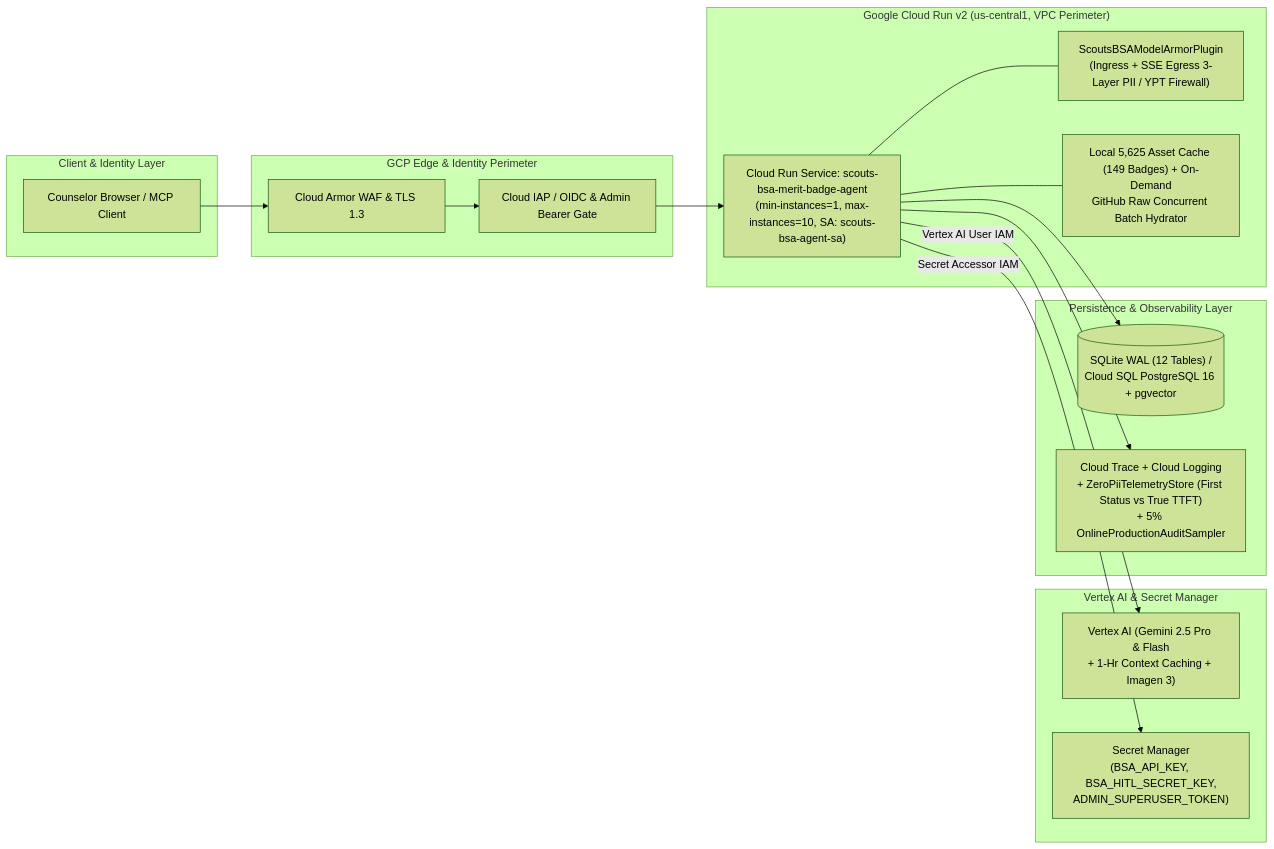
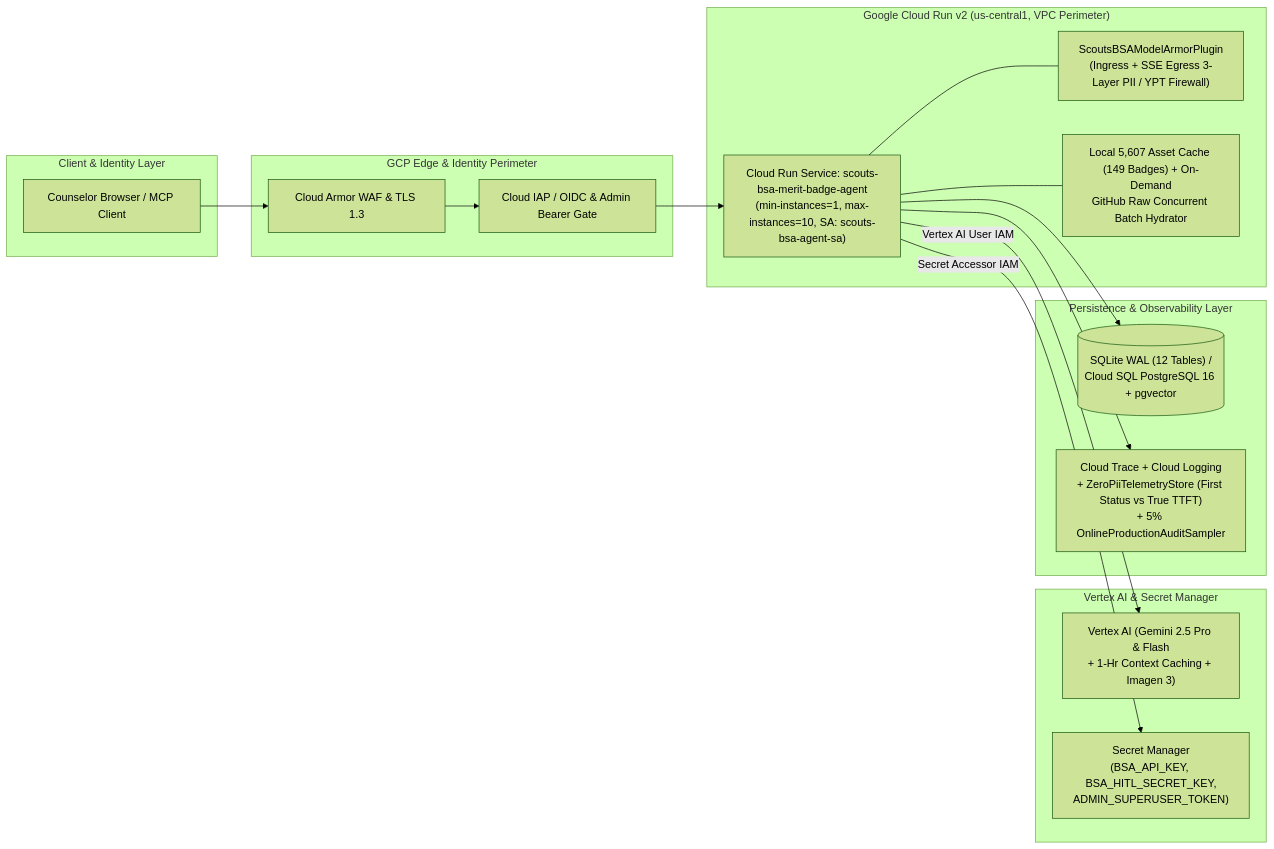
The second of 2 diagrams in docs/ARCHITECTURE.md (clayberg/scouts-bsa-merit-badge-agent), drawn with Mermaid (forest theme) before and after one commit. The commit also changed other lines of this file and 481 other files, not shown here.

````diff
--- a/docs/ARCHITECTURE.md
+++ b/docs/ARCHITECTURE.md
@@ -45,35 +45,35 @@
 ```mermaid
 flowchart LR
     subgraph External["Client & Identity Layer"]
         Browser["Counselor Browser / MCP Client"]
     end
 
     subgraph Edge["GCP Edge & Identity Perimeter"]
         ArmorWAF["Cloud Armor WAF & TLS 1.3"]
         IAP["Cloud IAP / OIDC & Admin Bearer Gate"]
         Browser --> ArmorWAF --> IAP
     end
 
     subgraph Compute["Google Cloud Run v2 (us-central1, VPC Perimeter)"]
         CloudRun["Cloud Run Service: scouts-bsa-merit-badge-agent\n(min-instances=1, max-instances=10, SA: scouts-bsa-agent-sa)"]
         ModelArmor["ScoutsBSAModelArmorPlugin\n(Ingress + SSE Egress 3-Layer PII / YPT Firewall)"]
-        Hydrator["Local 5,625 Asset Cache (149 Badges) + On-Demand\nGitHub Raw Concurrent Batch Hydrator"]
+        Hydrator["Local 5,607 Asset Cache (149 Badges) + On-Demand\nGitHub Raw Concurrent Batch Hydrator"]
         IAP --> CloudRun
         CloudRun --- ModelArmor
         CloudRun --- Hydrator
     end
 
     subgraph AI_And_Secrets["Vertex AI & Secret Manager"]
         VertexAI["Vertex AI (Gemini 2.5 Pro & Flash\n+ 1-Hr Context Caching + Imagen 3)"]
         SecretMgr["Secret Manager\n(BSA_API_KEY, BSA_HITL_SECRET_KEY,\nADMIN_SUPERUSER_TOKEN)"]
         CloudRun -->|"Vertex AI User IAM"| VertexAI
         CloudRun -->|"Secret Accessor IAM"| SecretMgr
     end
 
     subgraph Persistence_And_Ops["Persistence & Observability Layer"]
         StateDB[("SQLite WAL (12 Tables) /\nCloud SQL PostgreSQL 16 + pgvector")]
         Telemetry["Cloud Trace + Cloud Logging\n+ ZeroPiiTelemetryStore (First Status vs True TTFT)\n+ 5% OnlineProductionAuditSampler"]
         CloudRun --> StateDB
         CloudRun --> Telemetry
     end
 ```
````
